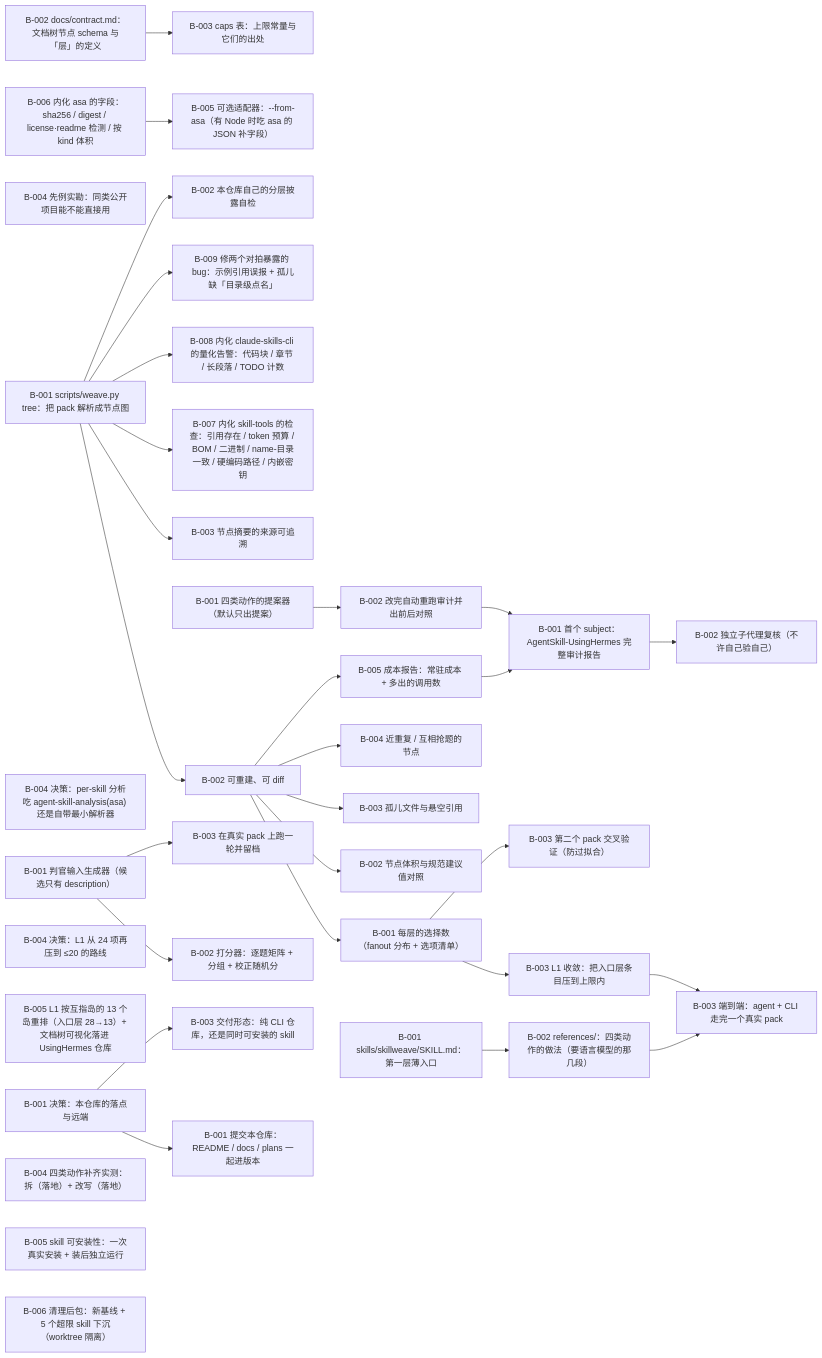
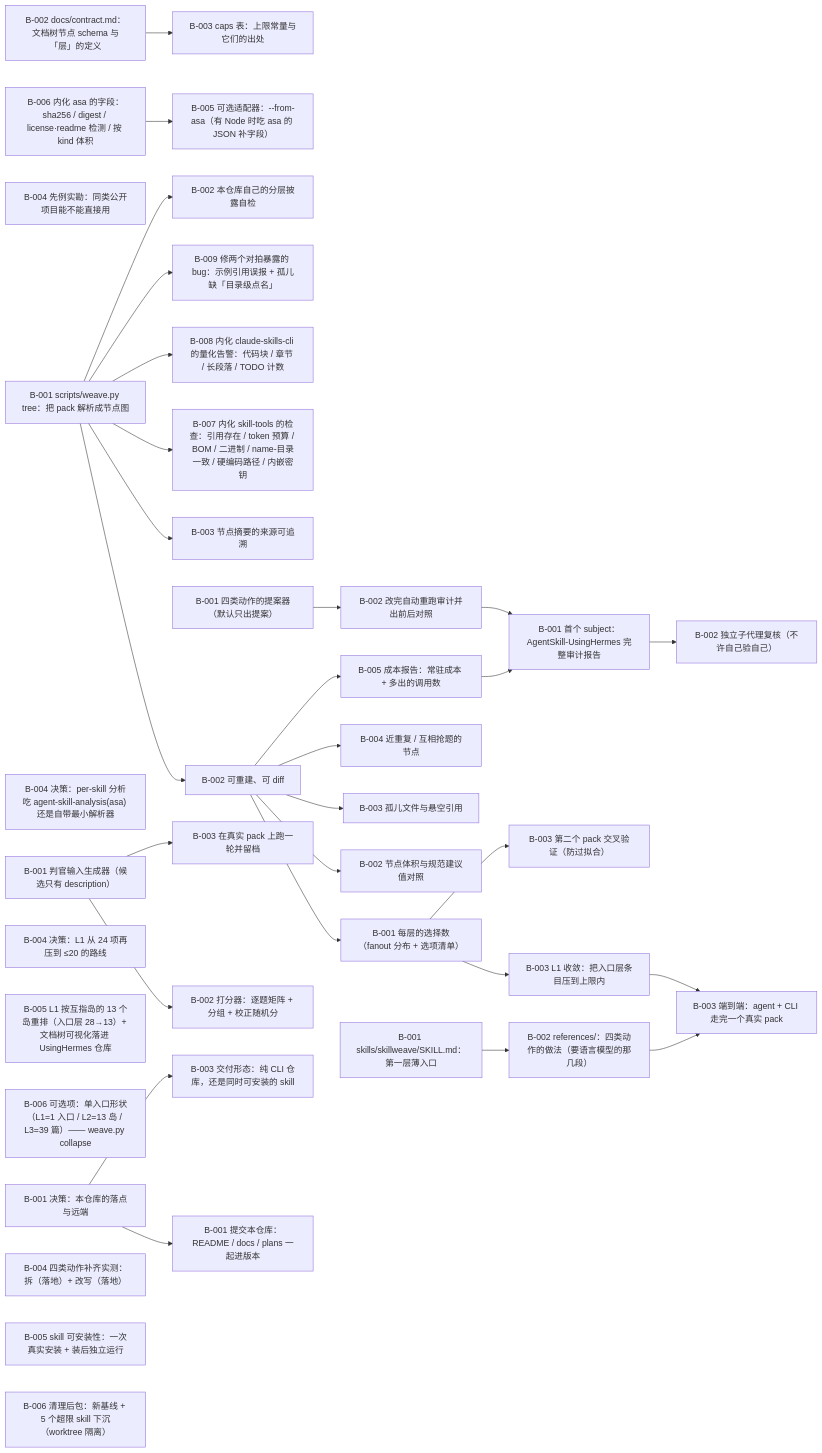
The diagram in plans/skillweave/PLAN.md (flmaximwang/SkillWeave), drawn with Mermaid before and after one commit. The commit also changed other lines of this file and 3 other files, not shown here.

Commit message:
plan: 可选项「单入口形状」落账（weave.py collapse）

````diff
--- a/plans/skillweave/PLAN.md
+++ b/plans/skillweave/PLAN.md
@@ -15,71 +15,72 @@
 ```mermaid
 flowchart LR
   T-001_B-001["B-001 决策：本仓库的落点与远端"]
   T-001_B-002["B-002 docs/contract.md：文档树节点 schema 与「层」的定义"]
   T-001_B-003["B-003 caps 表：上限常量与它们的出处"]
   T-001_B-004["B-004 先例实勘：同类公开项目能不能直接用"]
   T-002_B-001["B-001 scripts/weave.py tree：把 pack 解析成节点图"]
   T-002_B-002["B-002 可重建、可 diff"]
   T-002_B-003["B-003 节点摘要的来源可追溯"]
   T-002_B-004["B-004 决策：per-skill 分析吃 agent-skill-analysis(asa) 还是自带最小解析器"]
   T-002_B-005["B-005 可选适配器：--from-asa（有 Node 时吃 asa 的 JSON 补字段）"]
   T-003_B-001["B-001 每层的选择数（fanout 分布 + 选项清单）"]
   T-003_B-002["B-002 节点体积与规范建议值对照"]
   T-003_B-003["B-003 孤儿文件与悬空引用"]
   T-003_B-004["B-004 近重复 / 互相抢题的节点"]
   T-003_B-005["B-005 成本报告：常驻成本 + 多出的调用数"]
   T-003_B-006["B-006 内化 asa 的字段：sha256 / digest / license·readme 检测 / 按 kind 体积"]
   T-003_B-007["B-007 内化 skill-tools 的检查：引用存在 / token 预算 / BOM / 二进制 / name-目录一致 / 硬编码路径 / 内嵌密钥"]
   T-003_B-008["B-008 内化 claude-skills-cli 的量化告警：代码块 / 章节 / 长段落 / TODO 计数"]
   T-003_B-009["B-009 修两个对拍暴露的 bug：示例引用误报 + 孤儿缺「目录级点名」"]
   T-004_B-001["B-001 四类动作的提案器（默认只出提案）"]
   T-004_B-002["B-002 改完自动重跑审计并出前后对照"]
   T-004_B-003["B-003 L1 收敛：把入口层条目压到上限内"]
   T-004_B-004["B-004 决策：L1 从 24 项再压到 ≤20 的路线"]
   T-004_B-005["B-005 L1 按互指岛的 13 个岛重排（入口层 28→13）+ 文档树可视化落进 UsingHermes 仓库"]
+  T-004_B-006["B-006 可选项：单入口形状（L1=1 入口 / L2=13 岛 / L3=39 篇）—— weave.py collapse"]
   T-005_B-001["B-001 判官输入生成器（候选只有 description）"]
   T-005_B-002["B-002 打分器：逐题矩阵 + 分组 + 校正随机分"]
   T-005_B-003["B-003 在真实 pack 上跑一轮并留档"]
   T-006_B-001["B-001 首个 subject：AgentSkill-UsingHermes 完整审计报告"]
   T-006_B-002["B-002 独立子代理复核（不许自己验自己）"]
   T-006_B-003["B-003 第二个 pack 交叉验证（防过拟合）"]
   T-007_B-001["B-001 提交本仓库：README / docs / plans 一起进版本"]
   T-007_B-002["B-002 本仓库自己的分层披露自检"]
   T-007_B-003["B-003 交付形态：纯 CLI 仓库，还是同时可安装的 skill"]
   T-008_B-001["B-001 skills/skillweave/SKILL.md：第一层薄入口"]
   T-008_B-002["B-002 references/：四类动作的做法（要语言模型的那几段）"]
   T-008_B-003["B-003 端到端：agent + CLI 走完一个真实 pack"]
   T-008_B-004["B-004 四类动作补齐实测：拆（落地）+ 改写（落地）"]
   T-008_B-005["B-005 skill 可安装性：一次真实安装 + 装后独立运行"]
   T-008_B-006["B-006 清理后包：新基线 + 5 个超限 skill 下沉（worktree 隔离）"]
   T-001_B-002 --> T-001_B-003
   T-002_B-001 --> T-002_B-002
   T-002_B-001 --> T-002_B-003
   T-003_B-006 --> T-002_B-005
   T-002_B-002 --> T-003_B-001
   T-002_B-002 --> T-003_B-002
   T-002_B-002 --> T-003_B-003
   T-002_B-002 --> T-003_B-004
   T-002_B-002 --> T-003_B-005
   T-002_B-001 --> T-003_B-007
   T-002_B-001 --> T-003_B-008
   T-002_B-001 --> T-003_B-009
   T-004_B-001 --> T-004_B-002
   T-003_B-001 --> T-004_B-003
   T-005_B-001 --> T-005_B-002
   T-005_B-001 --> T-005_B-003
   T-003_B-005 --> T-006_B-001
   T-004_B-002 --> T-006_B-001
   T-006_B-001 --> T-006_B-002
   T-003_B-001 --> T-006_B-003
   T-001_B-001 --> T-007_B-001
   T-002_B-001 --> T-007_B-002
   T-001_B-001 --> T-007_B-003
   T-008_B-001 --> T-008_B-002
   T-008_B-002 --> T-008_B-003
   T-004_B-003 --> T-008_B-003
   classDef done stroke-width:1px;
-  class T-001_B-001,T-001_B-002,T-001_B-003,T-001_B-004,T-002_B-001,T-002_B-002,T-002_B-003,T-002_B-004,T-003_B-001,T-003_B-002,T-003_B-003,T-003_B-004,T-003_B-005,T-003_B-006,T-003_B-007,T-003_B-008,T-003_B-009,T-004_B-001,T-004_B-002,T-004_B-003,T-004_B-004,T-004_B-005,T-005_B-001,T-005_B-002,T-005_B-003,T-006_B-001,T-006_B-002,T-006_B-003,T-007_B-001,T-007_B-002,T-007_B-003,T-008_B-001,T-008_B-002,T-008_B-003,T-008_B-004,T-008_B-005,T-008_B-006 done;
+  class T-001_B-001,T-001_B-002,T-001_B-003,T-001_B-004,T-002_B-001,T-002_B-002,T-002_B-003,T-002_B-004,T-003_B-001,T-003_B-002,T-003_B-003,T-003_B-004,T-003_B-005,T-003_B-006,T-003_B-007,T-003_B-008,T-003_B-009,T-004_B-001,T-004_B-002,T-004_B-003,T-004_B-004,T-004_B-005,T-004_B-006,T-005_B-001,T-005_B-002,T-005_B-003,T-006_B-001,T-006_B-002,T-006_B-003,T-007_B-001,T-007_B-002,T-007_B-003,T-008_B-001,T-008_B-002,T-008_B-003,T-008_B-004,T-008_B-005,T-008_B-006 done;
   classDef cancelled stroke-width:1px;
   class T-002_B-005 cancelled;
 ```
````
